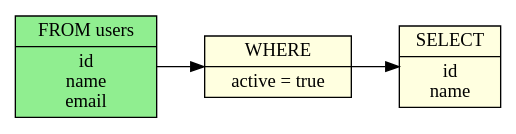
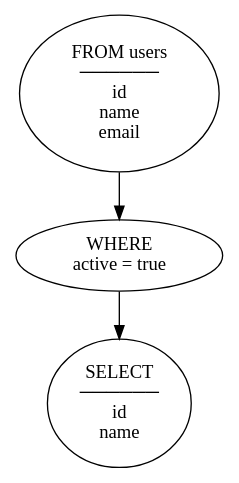
Before and after one commit to rot1024/sqloflow: the third of 3 diagrams in README.md, drawn with Graphviz. The commit also changed other lines of this file and 47 other files, not shown here.

````diff
--- a/README.md
+++ b/README.md
@@ -173,13 +208,10 @@
 ```dot
-digraph schema_flow {
-  rankdir=LR;
-  node [shape=record];
-
-  node_0 [label="FROM users|id\nname\nemail", style=filled, fillcolor=lightgreen];
-  node_1 [label="WHERE|active = true", style=filled, fillcolor=lightyellow];
-  node_2 [label="SELECT|id\nname", style=filled, fillcolor=lightyellow];
-
+digraph {
+  node_0 [label="FROM users\n──────\nid\nname\nemail"];
+  node_1 [label="WHERE\nactive = true"];
+  node_2 [label="SELECT\n──────\nid\nname"];
+  
   node_0 -> node_1;
   node_1 -> node_2;
 }
 ```
````
